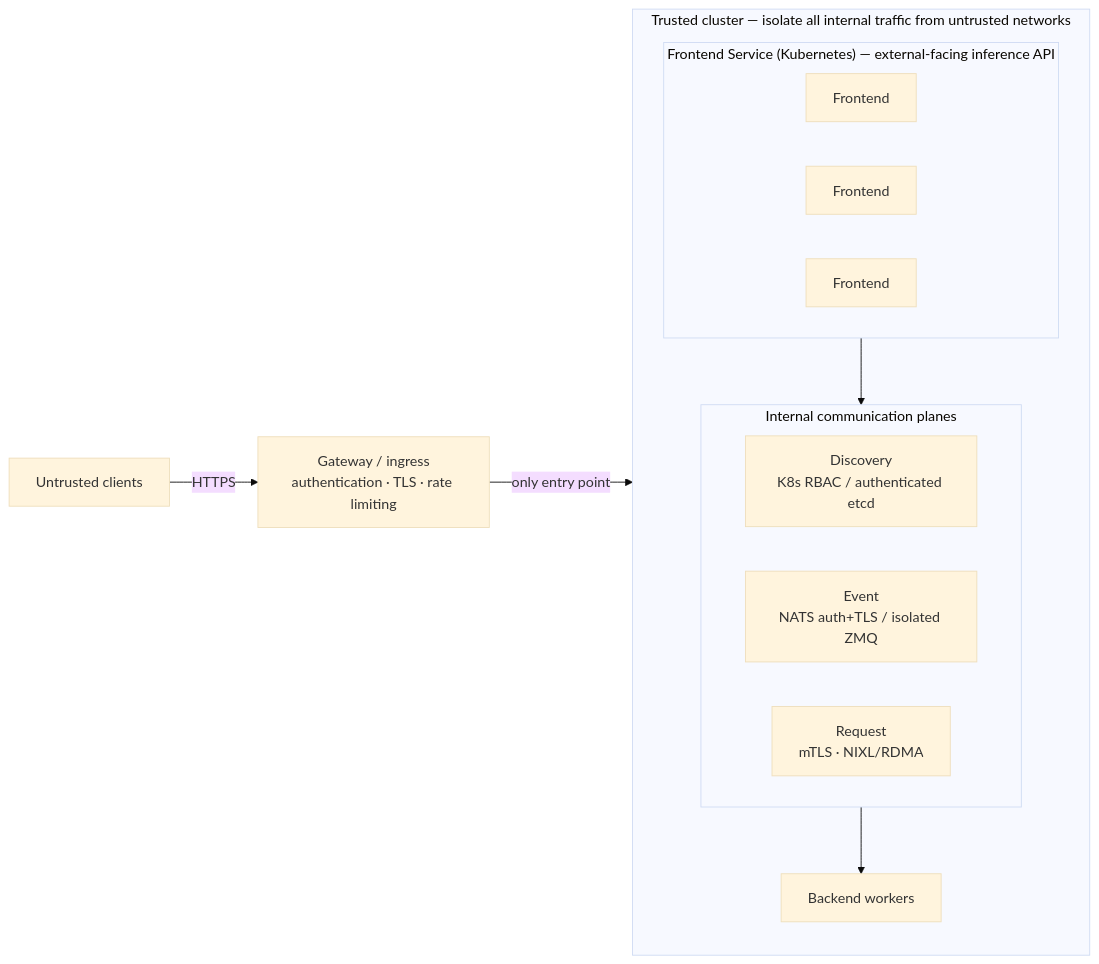
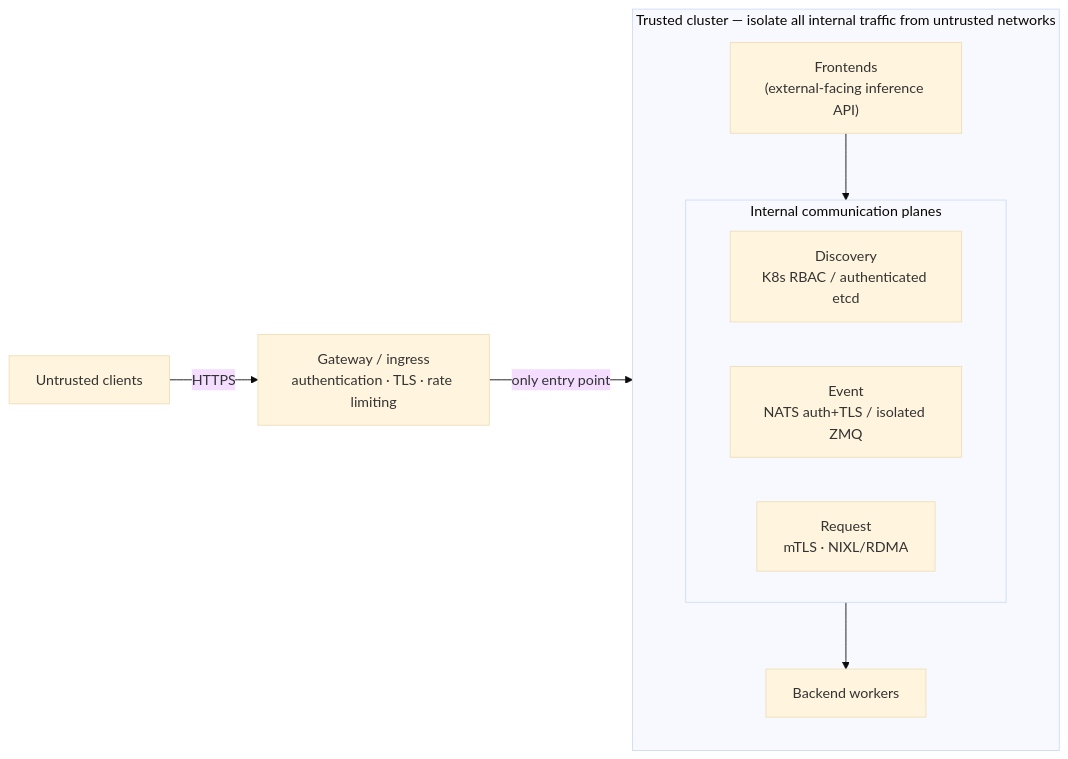
The diagram in docs/fern/pages/developer-guide/security/secure-deployment-guidelines.md (ai-dynamo/dynamo), drawn with Mermaid (base theme) before and after one commit. The commit also changed other lines of this file, not shown here.

Commit message:
docs(security): diagram — collapse frontends to one box

````diff
--- a/docs/fern/pages/developer-guide/security/secure-deployment-guidelines.md
+++ b/docs/fern/pages/developer-guide/security/secure-deployment-guidelines.md
@@ -47,25 +47,21 @@
 ```mermaid
 flowchart LR
     client["Untrusted clients"]
     gateway["Gateway / ingress<br/>authentication · TLS · rate limiting"]
 
     subgraph cluster["Trusted cluster — isolate all internal traffic from untrusted networks"]
         direction TB
-        subgraph fesvc["Frontend Service (Kubernetes) — external-facing inference API"]
-            fe1["Frontend"]
-            fe2["Frontend"]
-            fe3["Frontend"]
-        end
+        fe["Frontends<br/>(external-facing inference API)"]
         subgraph planes["Internal communication planes"]
             disc["Discovery<br/>K8s RBAC / authenticated etcd"]
             evt["Event<br/>NATS auth+TLS / isolated ZMQ"]
             req["Request<br/>mTLS · NIXL/RDMA"]
         end
         workers["Backend workers"]
-        fesvc --> planes
+        fe --> planes
         planes --> workers
     end
 
     client -->|HTTPS| gateway
-    gateway -->|only entry point| fesvc
+    gateway -->|only entry point| fe
 ```
````
